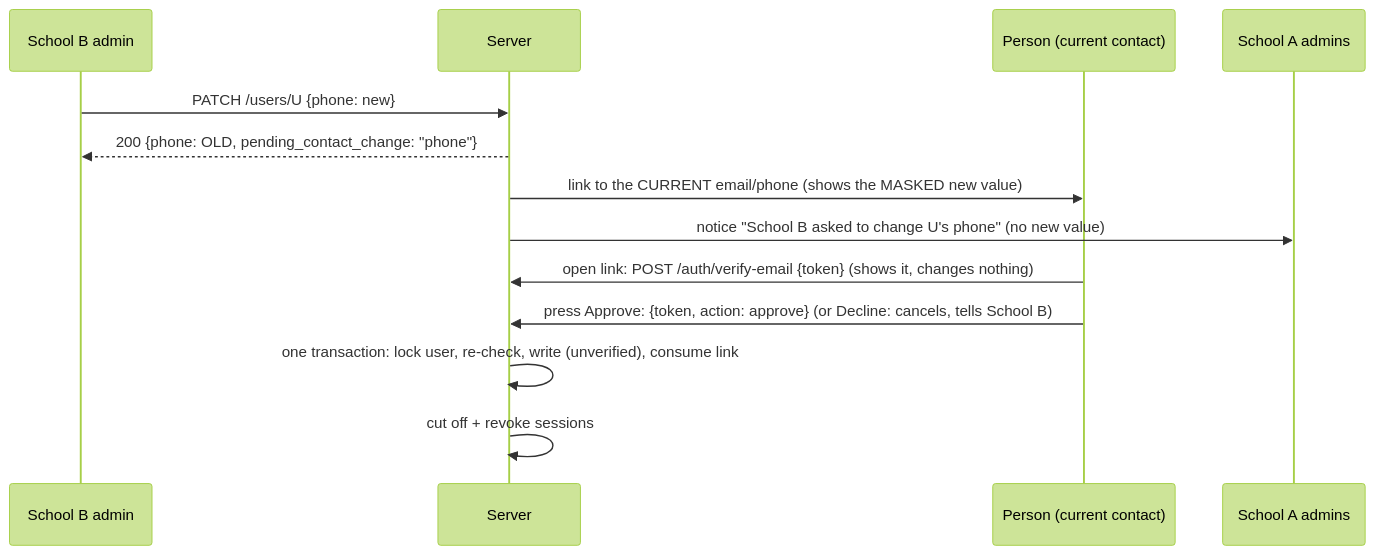
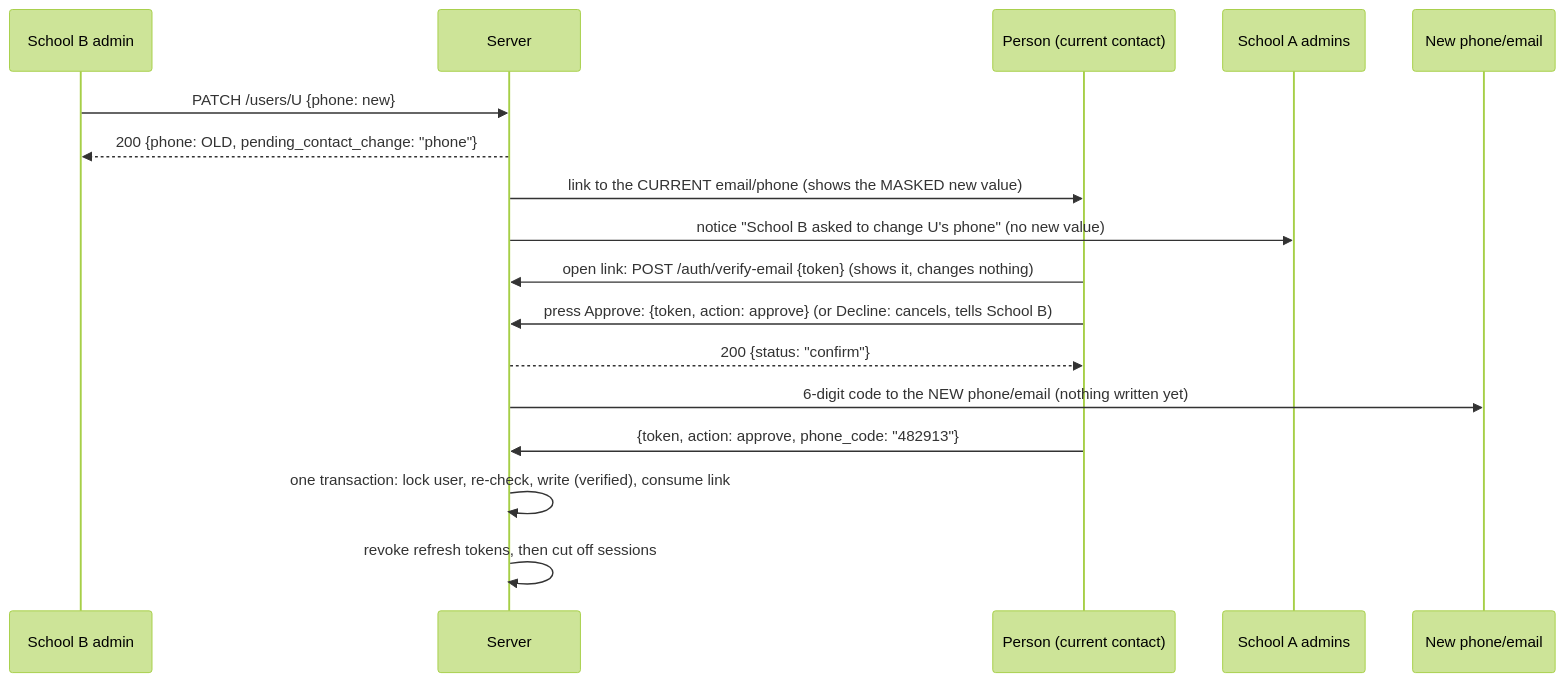
Before and after one commit to tareq89/biddaloy: the fourth of 10 diagrams in docs/architecture/08-security.md, drawn with Mermaid (forest theme). The commit also changed other lines of this file and 11 other files, not shown here.

````diff
--- a/docs/architecture/08-security.md
+++ b/docs/architecture/08-security.md
@@ -192,15 +192,19 @@
 ```mermaid
 sequenceDiagram
   participant A as School B admin
   participant S as Server
   participant U as Person (current contact)
   participant O as School A admins
+  participant N as New phone/email
   A->>S: PATCH /users/U {phone: new}
   S-->>A: 200 {phone: OLD, pending_contact_change: "phone"}
   S->>U: link to the CURRENT email/phone (shows the MASKED new value)
   S->>O: notice "School B asked to change U's phone" (no new value)
   U->>S: open link: POST /auth/verify-email {token} (shows it, changes nothing)
   U->>S: press Approve: {token, action: approve} (or Decline: cancels, tells School B)
-  S->>S: one transaction: lock user, re-check, write (unverified), consume link
-  S->>S: cut off + revoke sessions
+  S-->>U: 200 {status: "confirm"}
+  S->>N: 6-digit code to the NEW phone/email (nothing written yet)
+  U->>S: {token, action: approve, phone_code: "482913"}
+  S->>S: one transaction: lock user, re-check, write (verified), consume link
+  S->>S: revoke refresh tokens, then cut off sessions
 ```
````
